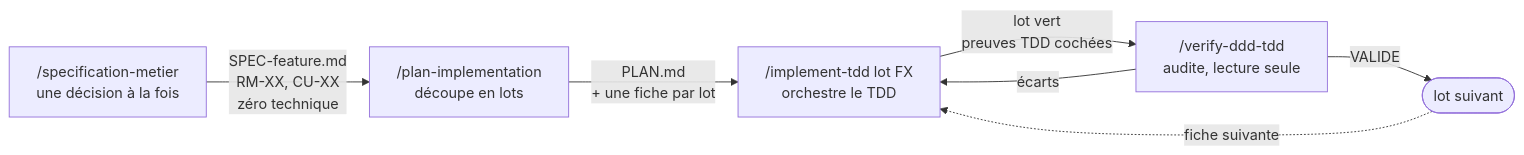
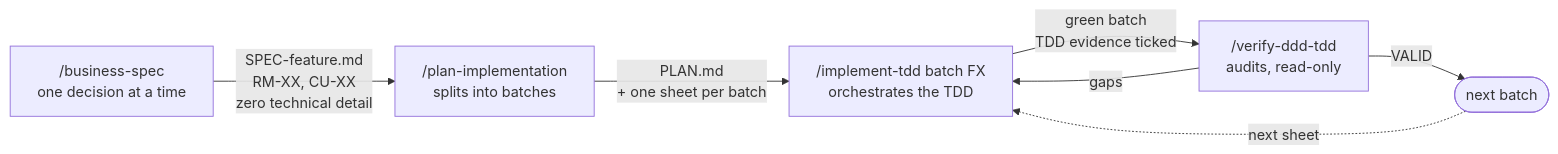
One commit to pierrebelin/claude-code-toolkit changed the first of 2 diagrams in README.md. Above: the diagram before and after it, drawn with Mermaid. The commit also changed other lines of this file and 43 other files, not shown here.

````diff
--- a/README.md
+++ b/README.md
@@ -11,15 +11,15 @@
 ```mermaid
 flowchart LR
-    S["/specification-metier<br/>une décision à la fois"]
-    P["/plan-implementation<br/>découpe en lots"]
-    I["/implement-tdd lot FX<br/>orchestre le TDD"]
-    V["/verify-ddd-tdd<br/>audite, lecture seule"]
-    N(["lot suivant"])
+    S["/business-spec<br/>one decision at a time"]
+    P["/plan-implementation<br/>splits into batches"]
+    I["/implement-tdd batch FX<br/>orchestrates the TDD"]
+    V["/verify-ddd-tdd<br/>audits, read-only"]
+    N(["next batch"])
 
-    S -->|"SPEC-feature.md<br/>RM-XX, CU-XX<br/>zéro technique"| P
-    P -->|"PLAN.md<br/>+ une fiche par lot"| I
-    I -->|"lot vert<br/>preuves TDD cochées"| V
-    V -->|"VALIDE"| N
-    V -->|"écarts"| I
-    N -.->|"fiche suivante"| I
+    S -->|"SPEC-feature.md<br/>RM-XX, CU-XX<br/>zero technical detail"| P
+    P -->|"PLAN.md<br/>+ one sheet per batch"| I
+    I -->|"green batch<br/>TDD evidence ticked"| V
+    V -->|"VALID"| N
+    V -->|"gaps"| I
+    N -.->|"next sheet"| I
 ```
````
